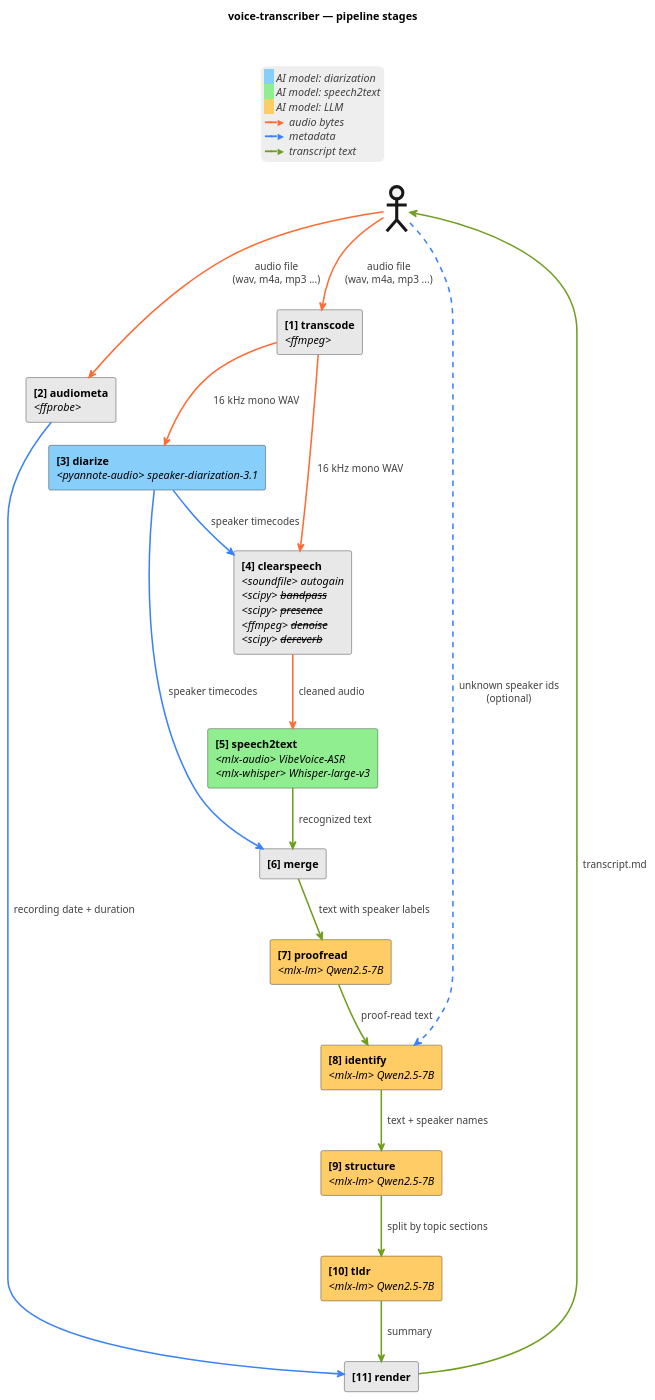
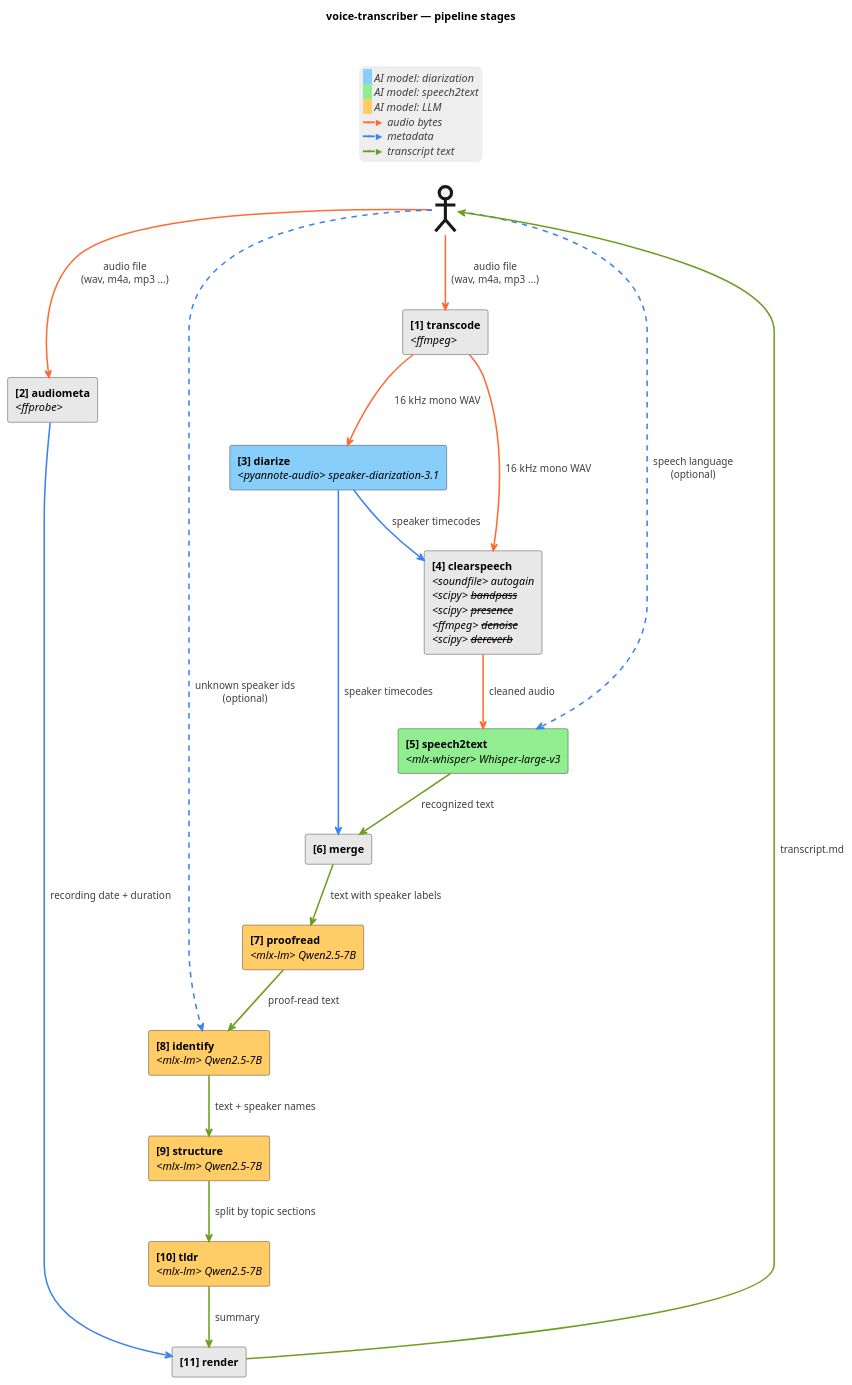
One commit to artem-from-ua/voice-transcriber changed the diagram in docs/architecture.md. Above: the diagram before and after it, drawn with PlantUML. The commit also changed other lines of this file and 28 other files, not shown here.

First line of the commit message:
Remove VibeVoice ASR backend, Whisper-only (0.23.0) (#89)

````diff
--- a/docs/architecture.md
+++ b/docs/architecture.md
@@ -23,62 +23,63 @@
 ```plantuml
 @startuml
 title voice-transcriber — pipeline stages
 skinparam componentStyle rectangle
 skinparam ArrowThickness 2
 skinparam legendBorderColor transparent
 skinparam legendBackgroundColor #EEEEEE
 
 <style>
   document {
     Margin 25
   }
   actor {
     LineThickness 4
   }
 </style>
 
 actor " " as User
 
 component "<b>[1] transcode</b>\n<i><ffmpeg></i>" as WAV #E8E8E8
 component "<b>[2] audiometa</b>\n<i><ffprobe></i>" as FF #E8E8E8
 component "<b>[3] diarize</b>\n<i><pyannote-audio> speaker-diarization-3.1</i>" as Diar #87CEFA
 component "<b>[4] clearspeech</b>\n<i><soundfile> autogain</i>\n<i><scipy> <s>bandpass</s></i>\n<i><scipy> <s>presence</s></i>\n<i><ffmpeg> <s>denoise</s></i>\n<i><scipy> <s>dereverb</s></i>" as CS #E8E8E8
-component "<b>[5] speech2text</b>\n<i><mlx-audio> VibeVoice-ASR</i>\n<i><mlx-whisper> Whisper-large-v3</i>" as ASR #90EE90
+component "<b>[5] speech2text</b>\n<i><mlx-whisper> Whisper-large-v3</i>" as ASR #90EE90
 component "<b>[6] merge</b>" as Merge #E8E8E8
 component "<b>[7] proofread</b>\n<i><mlx-lm> Qwen2.5-7B</i>" as Post #FFCC66
 component "<b>[8] identify</b>\n<i><mlx-lm> Qwen2.5-7B</i>" as Ident #FFCC66
 component "<b>[9] structure</b>\n<i><mlx-lm> Qwen2.5-7B</i>" as Struct #FFCC66
 component "<b>[10] tldr</b>\n<i><mlx-lm> Qwen2.5-7B</i>" as TLDR #FFCC66
 component "<b>[11] render</b>" as Render #E8E8E8
 
 User -[#FF6B35]-> FF : <color:#404040>  audio file</color>\n<color:#404040>  (wav, m4a, mp3 ...)</color>
 User -[#FF6B35]-> WAV : <color:#404040>  audio file</color>\n<color:#404040>  (wav, m4a, mp3 ...)</color>
+User -[#3B82F6,dashed]-> ASR : <color:#404040>  speech language</color>\n<color:#404040>  (optional)</color>
 User -[#3B82F6,dashed]-> Ident : <color:#404040>  unknown speaker ids</color>\n<color:#404040>  (optional)</color>
 
 WAV -[#FF6B35]-> Diar : <color:#404040>  16 kHz mono WAV</color>
 WAV -[#FF6B35]-> CS : <color:#404040>  16 kHz mono WAV</color>
 Diar -[#3B82F6]-> CS : <color:#404040>  speaker timecodes</color>
 CS -[#FF6B35]-> ASR : <color:#404040>  cleaned audio</color>
 
 ASR -[#6E9E1F]-> Merge : <color:#404040>  recognized text</color>
 Diar -[#3B82F6]-> Merge : <color:#404040>  speaker timecodes</color>
 
 Merge -[#6E9E1F]-> Post : <color:#404040>  text with speaker labels</color>
 Post -[#6E9E1F]-> Ident : <color:#404040>  proof-read text</color>
 Ident -[#6E9E1F]-> Struct : <color:#404040>  text + speaker names</color>
 Struct -[#6E9E1F]-> TLDR : <color:#404040>  split by topic sections</color>
 
 FF -[#3B82F6]-> Render : <color:#404040>  recording date + duration</color>
 TLDR -[#6E9E1F]-> Render : <color:#404040>  summary</color>
 Render -[#6E9E1F]-> User : <color:#404040>  transcript.md</color>
 
 legend top center
   <back:#87CEFA>   </back> <i><color:#404040>AI model: diarization</color></i>
   <back:#90EE90>   </back> <i><color:#404040>AI model: speech2text</color></i>
   <back:#FFCC66>   </back> <i><color:#404040>AI model: LLM</color></i>
   <color:#FF6B35>━━►</color> <i><color:#404040>audio bytes</color></i>
   <color:#3B82F6>━━►</color> <i><color:#404040>metadata</color></i>
   <color:#6E9E1F>━━►</color> <i><color:#404040>transcript text</color></i>
 end legend
 @enduml
 ```
````
